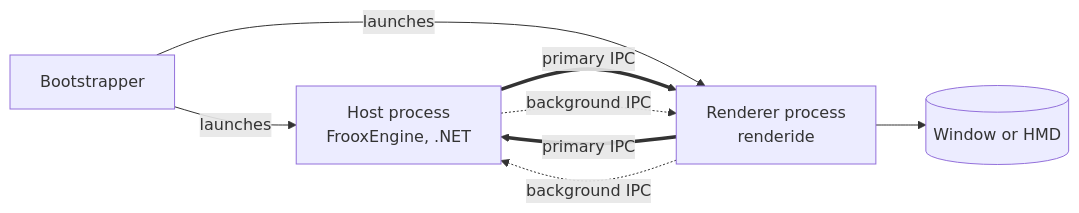
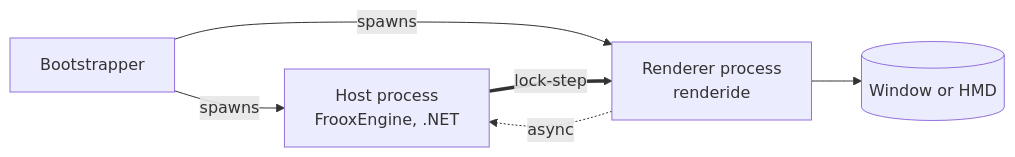
One commit to BlueAmulet/Renderide changed the first of 10 diagrams in CONTRIBUTING.md. Above: the diagram before and after it, drawn with Mermaid. The commit also changed other lines of this file, not shown here.

````diff
--- a/CONTRIBUTING.md
+++ b/CONTRIBUTING.md
@@ -87,10 +91,8 @@
 ```mermaid
 flowchart LR
-    BS[Bootstrapper] -- launches --> Host[Host process<br/>FrooxEngine, .NET]
-    BS -- launches --> R[Renderer process<br/>renderide]
-    Host == primary IPC ==> R
-    Host -. background IPC .-> R
-    R == primary IPC ==> Host
-    R -. background IPC .-> Host
+    BS[Bootstrapper] -- spawns --> Host[Host process<br/>FrooxEngine, .NET]
+    BS -- spawns --> R[Renderer process<br/>renderide]
+    Host == lock-step ==> R
+    R -. async .-> Host
     R --> Display[(Window or HMD)]
 ```
````
